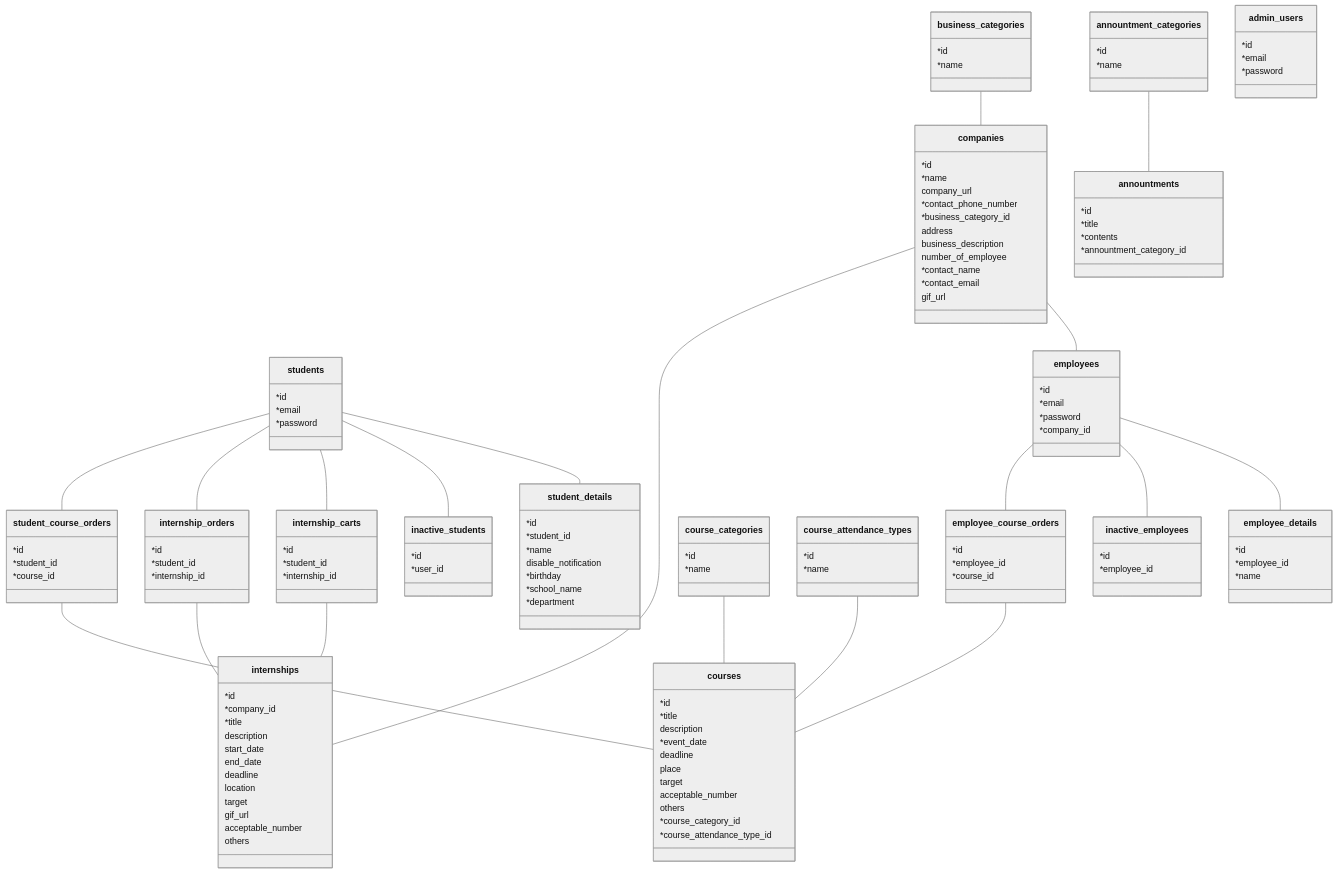
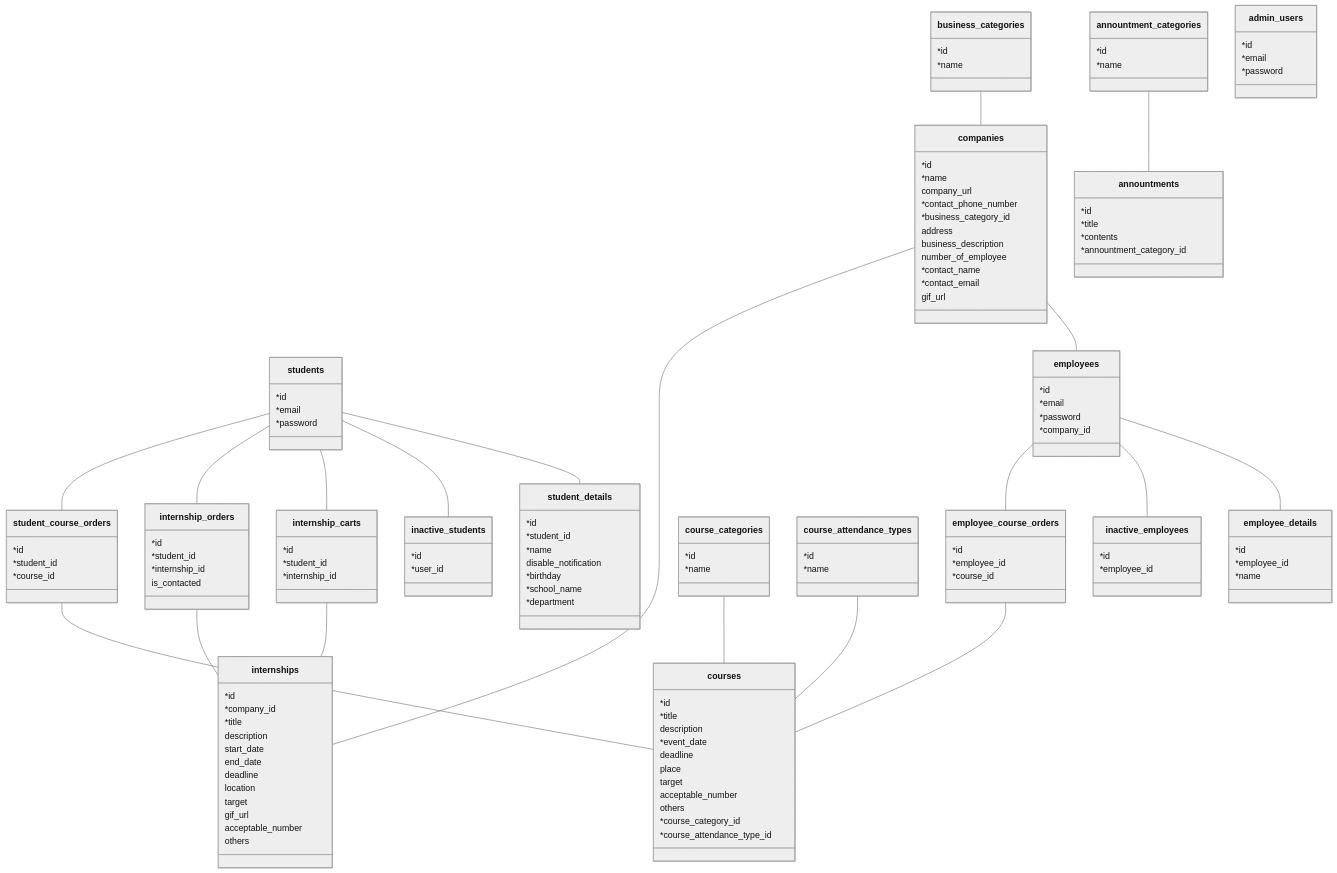
The diagram in docs/schema.md (youichiro/nagaoka-internship-site), drawn with Mermaid before and after one commit. The commit also changed 2 other files, not shown here.

Commit message:
create internship_carts

```diff
--- a/docs/schema.md
+++ b/docs/schema.md
@@ -114,6 +114,7 @@
     *id
     *student_id
     *internship_id
+    is_contacted
   }
 
   class course_categories {
```
